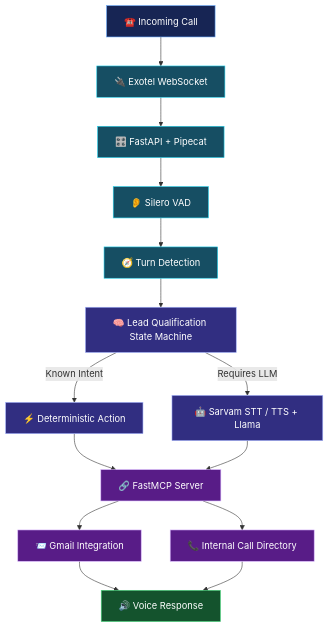
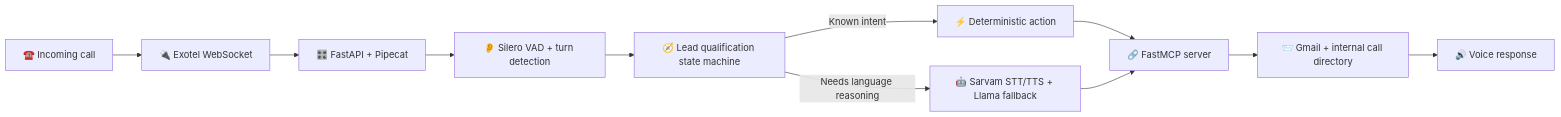
Before and after one commit to Durgam-vamshi/Durgam-vamshi: the third of 3 diagrams in README.md, drawn with Mermaid. The commit also changed other lines of this file, not shown here.

````diff
--- a/README.md
+++ b/README.md
@@ -151,32 +60,13 @@
 ```mermaid
-flowchart TD
-    A["☎️ Incoming Call"] --> B["🔌 Exotel WebSocket"]
-    B --> C["🎛️ FastAPI + Pipecat"]
-    C --> D["👂 Silero VAD"]
-    D --> E["🧭 Turn Detection"]
-    E --> F["🧠 Lead Qualification State Machine"]
-
-    F -->|Known Intent| G["⚡ Deterministic Action"]
-    F -->|Requires LLM| H["🤖 Sarvam STT / TTS + Llama"]
-
-    G --> I["🔗 FastMCP Server"]
-    H --> I
-
-    I --> J["📨 Gmail Integration"]
-    I --> K["📞 Internal Call Directory"]
-
-    J --> L["🔊 Voice Response"]
-    K --> L
-
-    classDef input fill:#172554,stroke:#60A5FA,color:#fff
-    classDef processing fill:#164E63,stroke:#22D3EE,color:#fff
-    classDef reasoning fill:#312E81,stroke:#A5B4FC,color:#fff
-    classDef tools fill:#581C87,stroke:#D8B4FE,color:#fff
-    classDef output fill:#14532D,stroke:#4ADE80,color:#fff
-
-    class A input
-    class B,C,D,E processing
-    class F,G,H reasoning
-    class I,J,K tools
-    class L output
+flowchart LR
+    CALL["☎️ Incoming call"] --> EXO["🔌 Exotel WebSocket"]
+    EXO --> PIPE["🎛️ FastAPI + Pipecat"]
+    PIPE --> VAD["👂 Silero VAD + turn detection"]
+    VAD --> STATE["🧭 Lead qualification state machine"]
+    STATE -->|Known intent| FAST["⚡ Deterministic action"]
+    STATE -->|Needs language reasoning| LLM["🤖 Sarvam STT/TTS + Llama fallback"]
+    FAST --> MCP["🔗 FastMCP server"]
+    LLM --> MCP
+    MCP --> TOOLS["📨 Gmail + internal call directory"]
+    TOOLS --> AUDIO["🔊 Voice response"]
 ```
````
